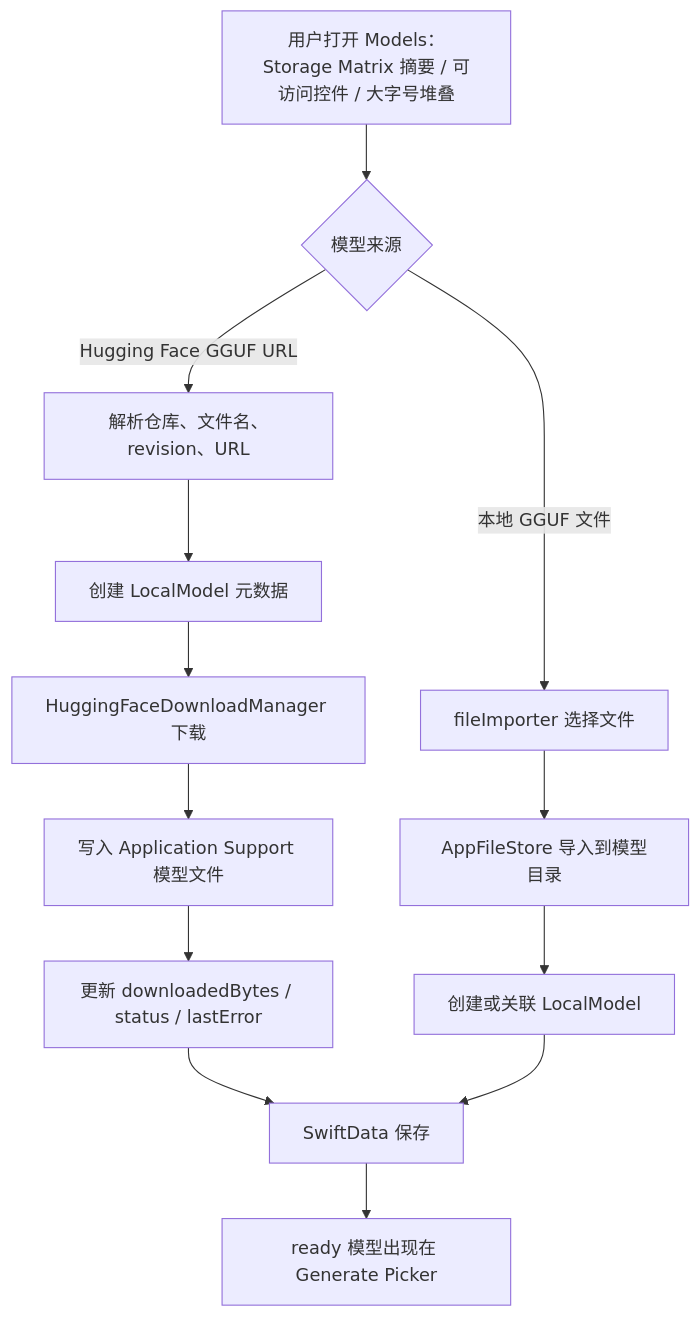
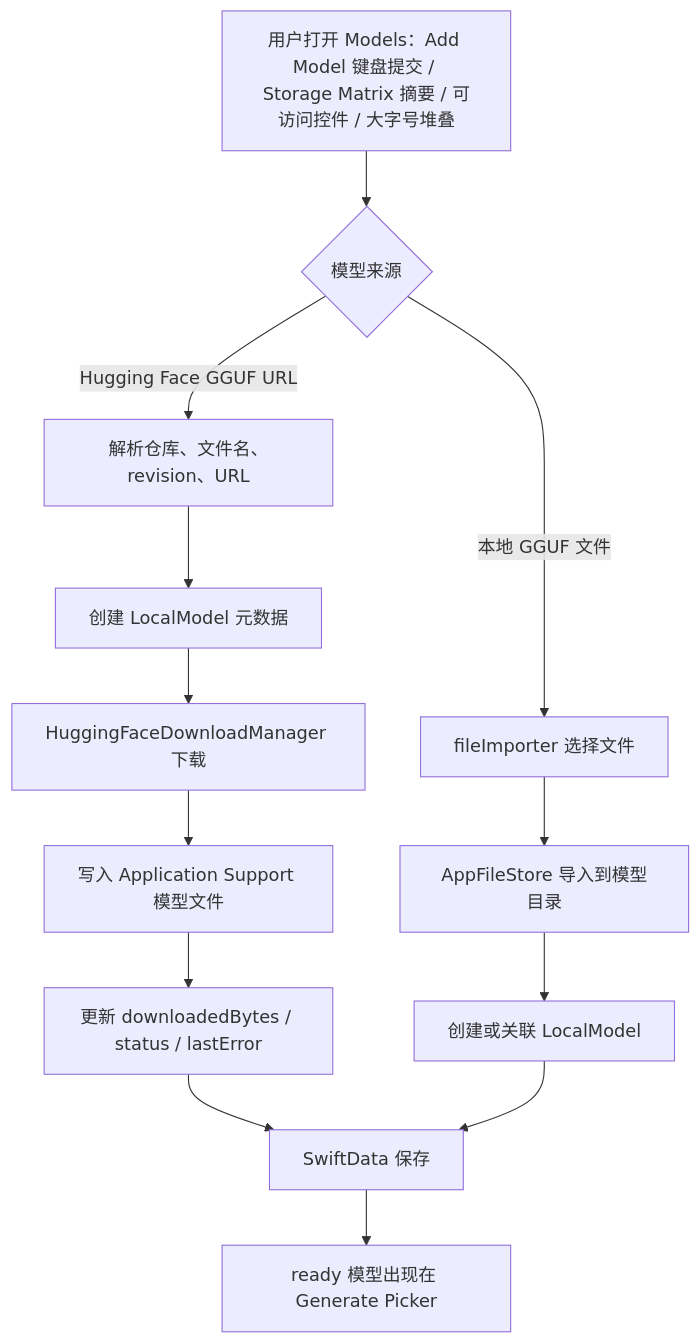
Before and after one commit to Altman-sam114/118: the third of 7 diagrams in md/flow/flowchart.md, drawn with Mermaid. The commit also changed other lines of this file and 5 other files, not shown here.

````diff
--- a/md/flow/flowchart.md
+++ b/md/flow/flowchart.md
@@ -66,15 +66,15 @@
 ```mermaid
 flowchart TD
-  A["用户打开 Models：Storage Matrix 摘要 / 可访问控件 / 大字号堆叠"] --> B{"模型来源"}
+  A["用户打开 Models：Add Model 键盘提交 / Storage Matrix 摘要 / 可访问控件 / 大字号堆叠"] --> B{"模型来源"}
   B -- "Hugging Face GGUF URL" --> C["解析仓库、文件名、revision、URL"]
   C --> D["创建 LocalModel 元数据"]
   D --> E["HuggingFaceDownloadManager 下载"]
   E --> F["写入 Application Support 模型文件"]
   F --> G["更新 downloadedBytes / status / lastError"]
   B -- "本地 GGUF 文件" --> H["fileImporter 选择文件"]
   H --> I["AppFileStore 导入到模型目录"]
   I --> J["创建或关联 LocalModel"]
   G --> K["SwiftData 保存"]
   J --> K
   K --> L["ready 模型出现在 Generate Picker"]
 ```
````
